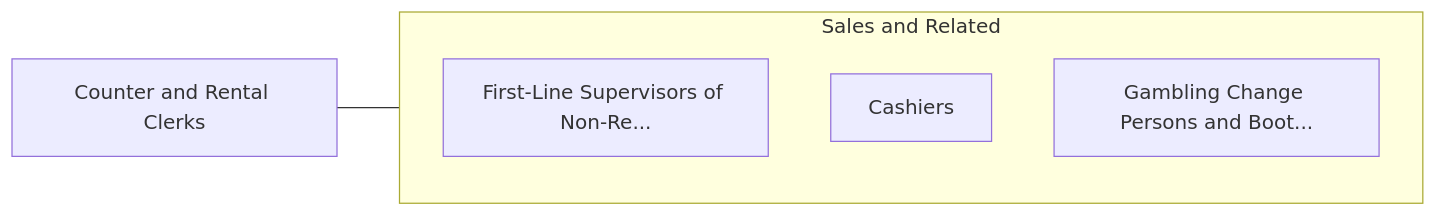
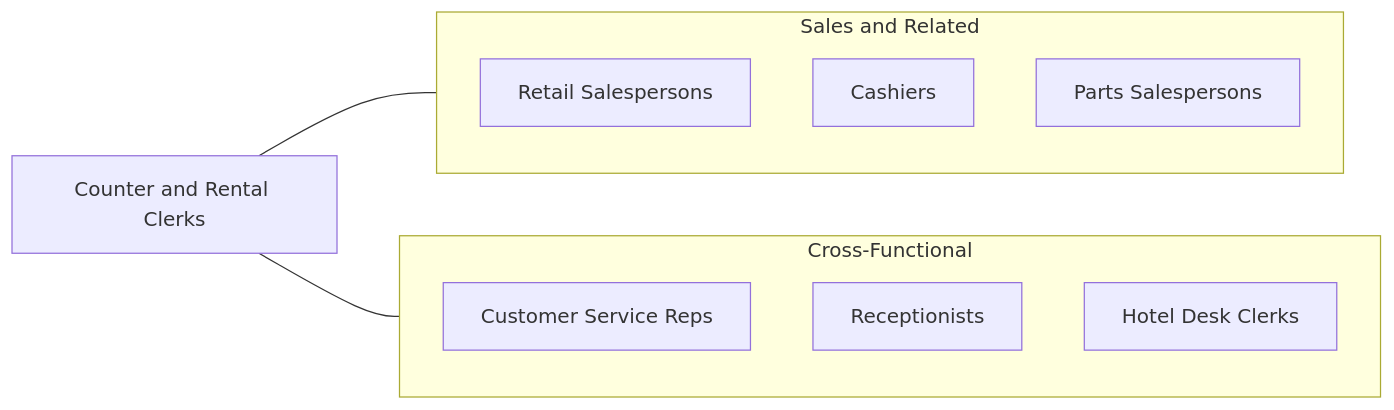
Before and after one commit to kziemski/business.org.ai: the fourth of 4 diagrams in occupations/Sales/CounterAndRentalClerks.mdx, drawn with Mermaid. The commit also changed other lines of this file and 938 other files, not shown here.

````diff
--- a/occupations/Sales/CounterAndRentalClerks.mdx
+++ b/occupations/Sales/CounterAndRentalClerks.mdx
@@ -109,13 +167,19 @@
 ```mermaid
 graph LR
     Current["Counter and Rental Clerks"]
 
     subgraph SameCategory["Sales and Related"]
-        FirstLineSupervisors["First-Line Supervisors of Retail..."]
-        FirstLineSupervisors["First-Line Supervisors of Non-Re..."]
+        Retail["Retail Salespersons"]
         Cashiers["Cashiers"]
-        GamblingChangePerson["Gambling Change Persons and Boot..."]
+        PartsSales["Parts Salespersons"]
+    end
+
+    subgraph CrossFunctional["Cross-Functional"]
+        CSR["Customer Service Reps"]
+        Receptionists["Receptionists"]
+        HotelClerks["Hotel Desk Clerks"]
     end
 
     Current --- SameCategory
+    Current --- CrossFunctional
 ```
````
